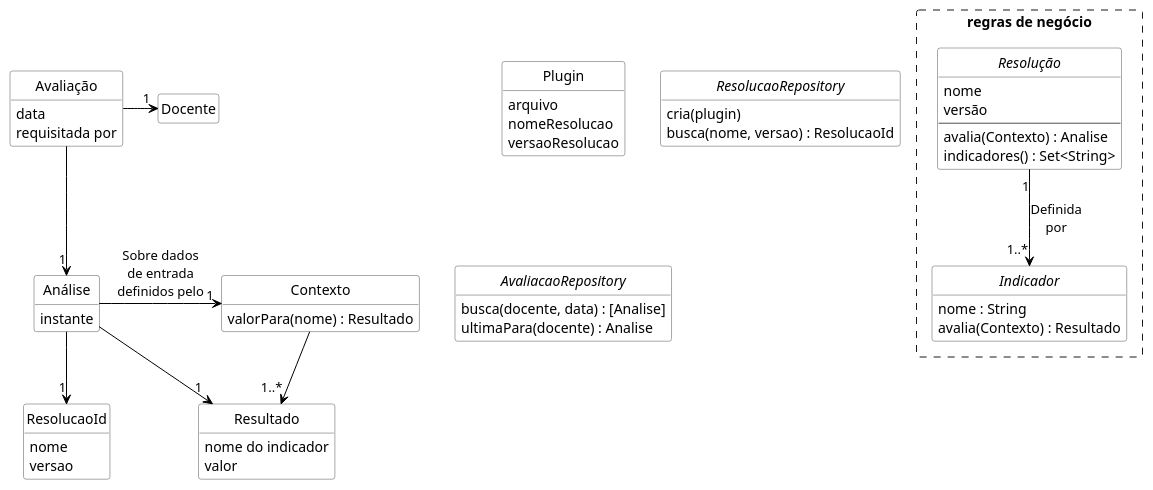
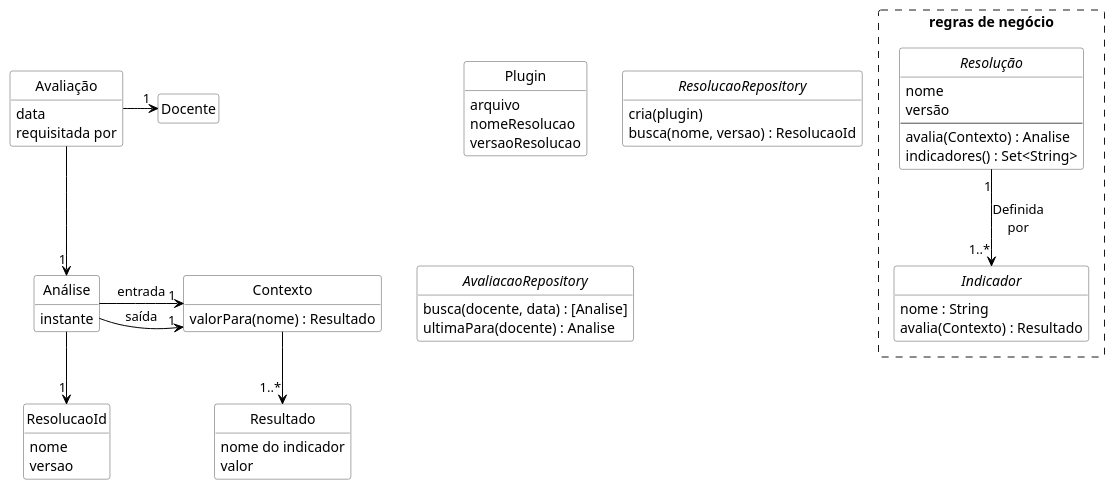
Before and after one commit to kyriosdata/docente-inf: the diagram in documentacao/diagramas/dominio.puml, drawn with PlantUML. The commit also changed 4 other files, not shown here.

```diff
--- a/documentacao/diagramas/dominio.puml
+++ b/documentacao/diagramas/dominio.puml
@@ -1,83 +1,83 @@
 @startuml dominio
 
 hide circle
 hide methods
 hide empty members
 
 skinparam class {
     BackgroundColor White
     ArrowColor Black
     BorderColor #505050
 }
 
 class ResolucaoId {
   nome
   versao
 }
 
 class "Análise" as Analise {
     instante
 }
 
 class Resultado {
     nome do indicador
     valor
 }
 
 class Contexto {
   valorPara&#40;nome&#41; : Resultado
 }
 
 class Docente {}
 
 class "Avaliação" as Avaliacao {
   data
   requisitada por
 }
 
 Avaliacao -right-> "1" Docente
 Avaliacao -down-> "1" Analise
 
 rectangle "regras de negócio" #line.dashed {
 
     interface "Resolução" as ResolucaoCodigo {
         nome
         versão
         ---
         avalia&#40;Contexto&#41; : Analise
         indicadores&#40;&#41; : Set<String>
     }
 
     interface Indicador {
         nome : String
         avalia&#40;Contexto&#41; : Resultado
     }
 }
 
 ResolucaoCodigo "1" --> "1..*" Indicador : Definida\npor
 
 
 Contexto --> "1..*" Resultado
 
-Analise -right-> "1" Contexto : Sobre dados\nde entrada\ndefinidos pelo
+Analise -right-> "1" Contexto : entrada
+Analise -right-> "1" Contexto : saída
 Analise --> "1" ResolucaoId
-Analise -down-> "1" Resultado
 
 class Plugin {
   arquivo
   nomeResolucao
   versaoResolucao
 }
 
 interface ResolucaoRepository {
   cria&#40;plugin&#41;
   busca&#40;nome, versao&#41; : ResolucaoId
 }
 
 interface AvaliacaoRepository {
   busca&#40;docente, data&#41; : [Analise]
   ultimaPara&#40;docente&#41; : Analise
 }
 
 
 @enduml
```
